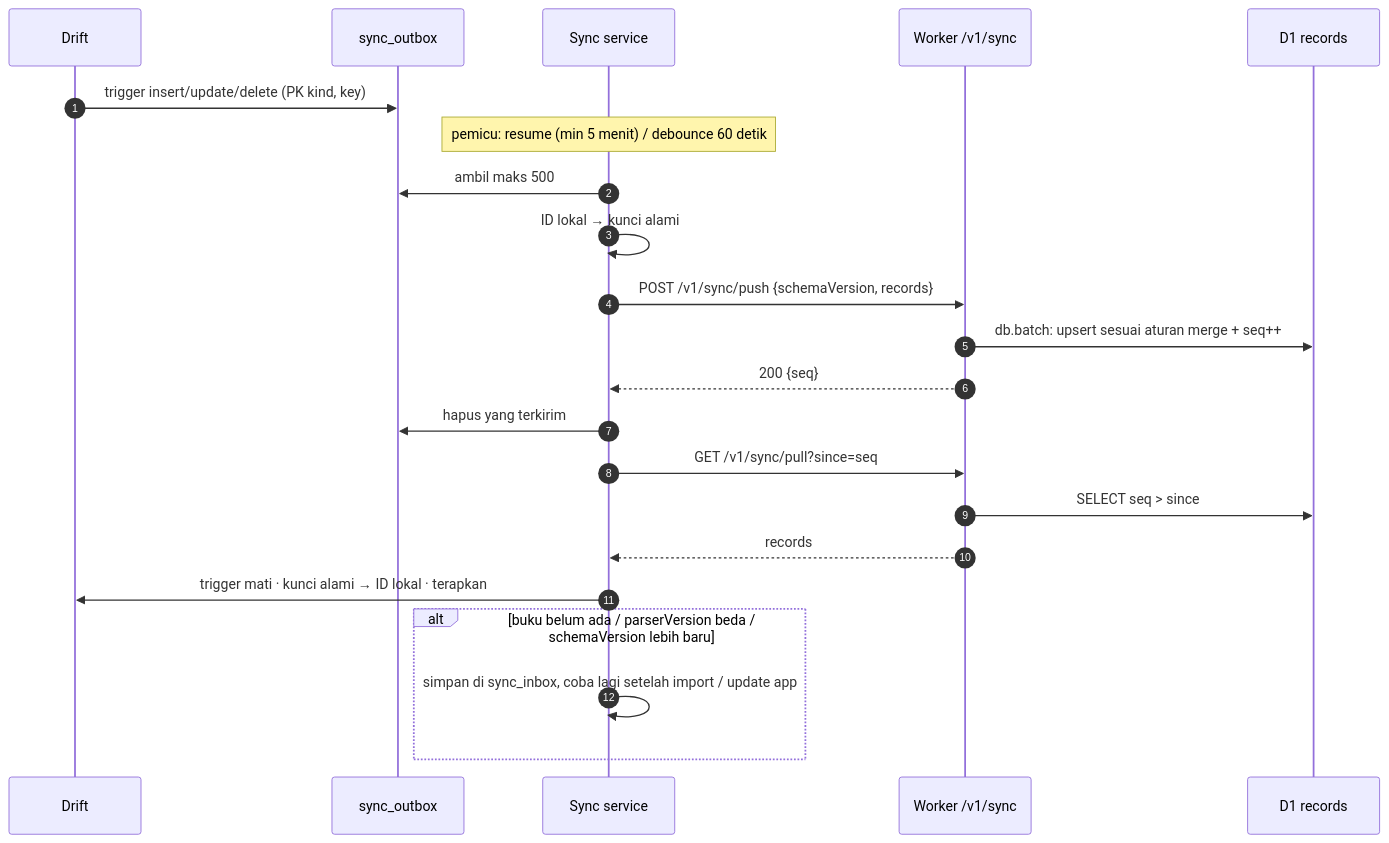
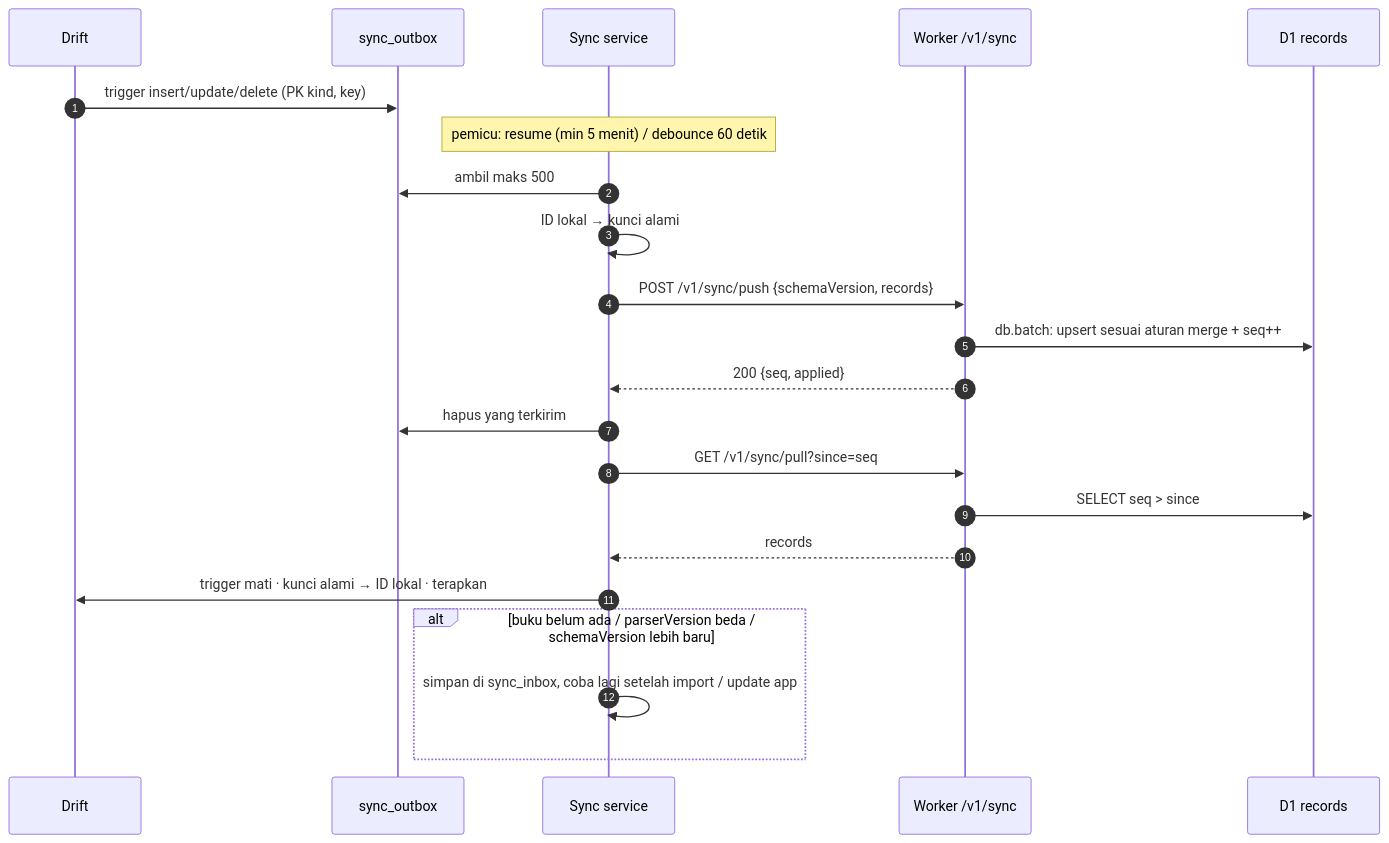
One commit to choiruladamm/luma changed the fifth of 9 diagrams in docs/backend.md. Above: the diagram before and after it, drawn with Mermaid. The commit also changed other lines of this file and 16 other files, not shown here.

````diff
--- a/docs/backend.md
+++ b/docs/backend.md
@@ -364,24 +374,24 @@
 ```mermaid
 sequenceDiagram
   autonumber
   participant DB as Drift
   participant OB as sync_outbox
   participant S as Sync service
   participant W as Worker /v1/sync
   participant D as D1 records
   DB->>OB: trigger insert/update/delete (PK kind, key)
   Note over S: pemicu: resume (min 5 menit) / debounce 60 detik
   S->>OB: ambil maks 500
   S->>S: ID lokal → kunci alami
   S->>W: POST /v1/sync/push {schemaVersion, records}
   W->>D: db.batch: upsert sesuai aturan merge + seq++
-  W-->>S: 200 {seq}
+  W-->>S: 200 {seq, applied}
   S->>OB: hapus yang terkirim
   S->>W: GET /v1/sync/pull?since=seq
   W->>D: SELECT seq > since
   W-->>S: records
   S->>DB: trigger mati · kunci alami → ID lokal · terapkan
   alt buku belum ada / parserVersion beda / schemaVersion lebih baru
     S->>S: simpan di sync_inbox, coba lagi setelah import / update app
   end
 ```
````
